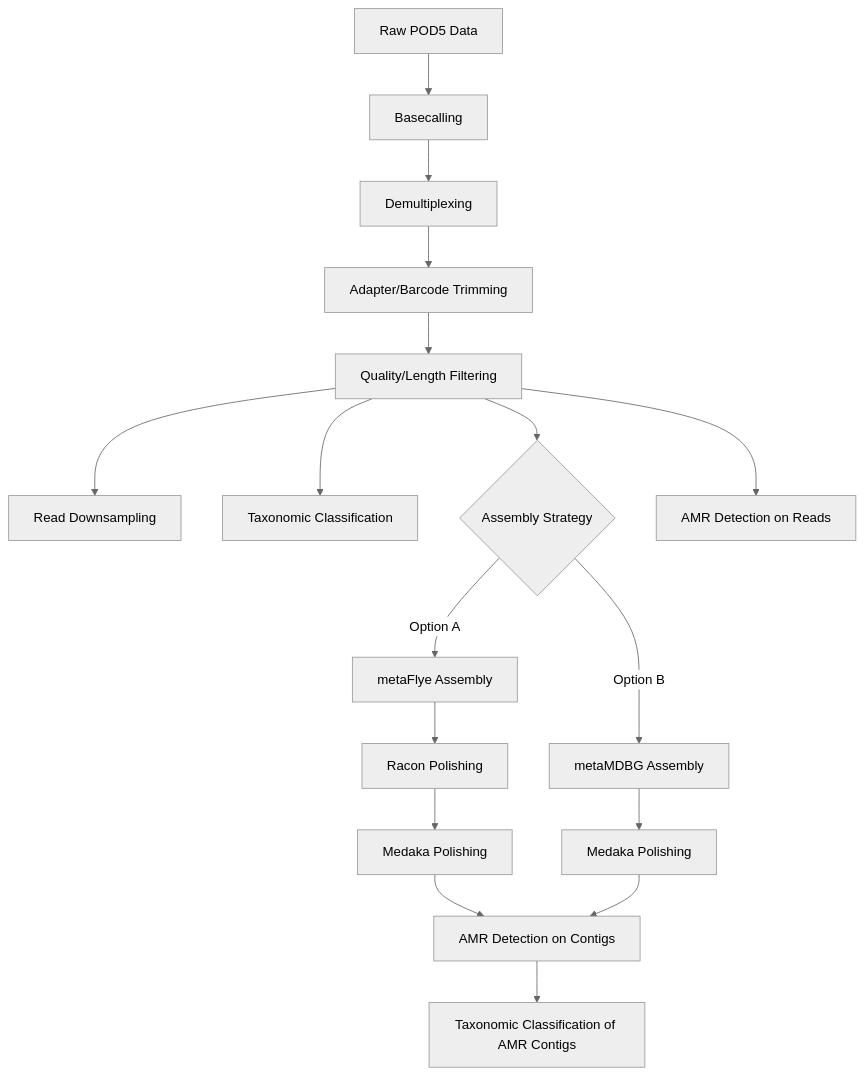
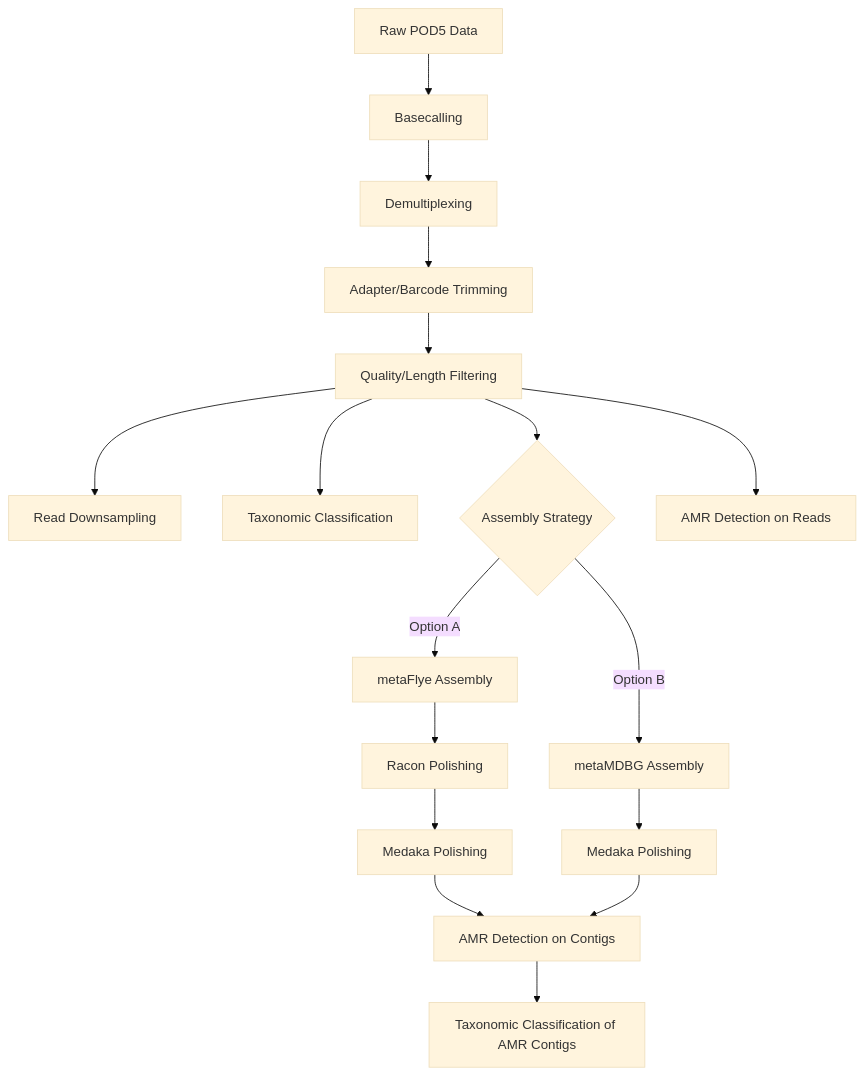
Before and after one commit to ttmgr/Wetland_Health: the diagram in dna_shotgun_analysis_pipeline.md, drawn with Mermaid.

````diff
--- a/dna_shotgun_analysis_pipeline.md
+++ b/dna_shotgun_analysis_pipeline.md
@@ -35,20 +35,20 @@
 ```mermaid
-%%{init: {'theme':'neutral'}}%%
+%%{init: {'theme':'base'}}%%
 graph TD
     A[Raw POD5 Data] --> B[Basecalling]
     B --> C[Demultiplexing]
     C --> D[Adapter/Barcode Trimming]
     D --> E[Quality/Length Filtering]
     E --> F[Read Downsampling]
     E --> G[Taxonomic Classification]
     E --> H{Assembly Strategy}
     H -->|Option A| I[metaFlye Assembly]
     H -->|Option B| J[metaMDBG Assembly]
     I --> K[Racon Polishing]
     K --> L[Medaka Polishing]
     J --> M[Medaka Polishing]
     E --> N[AMR Detection on Reads]
     L --> O[AMR Detection on Contigs]
     M --> O
     O --> P[Taxonomic Classification of AMR Contigs]
 ```
````
